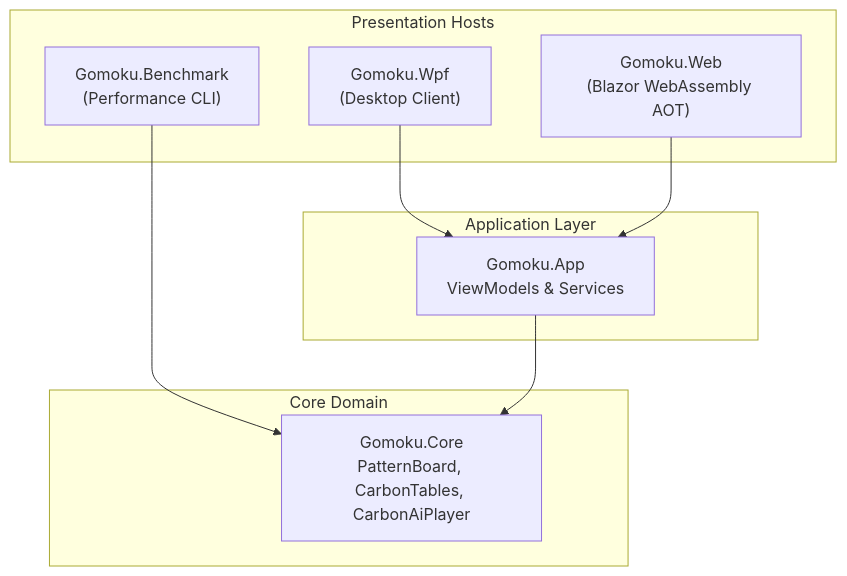
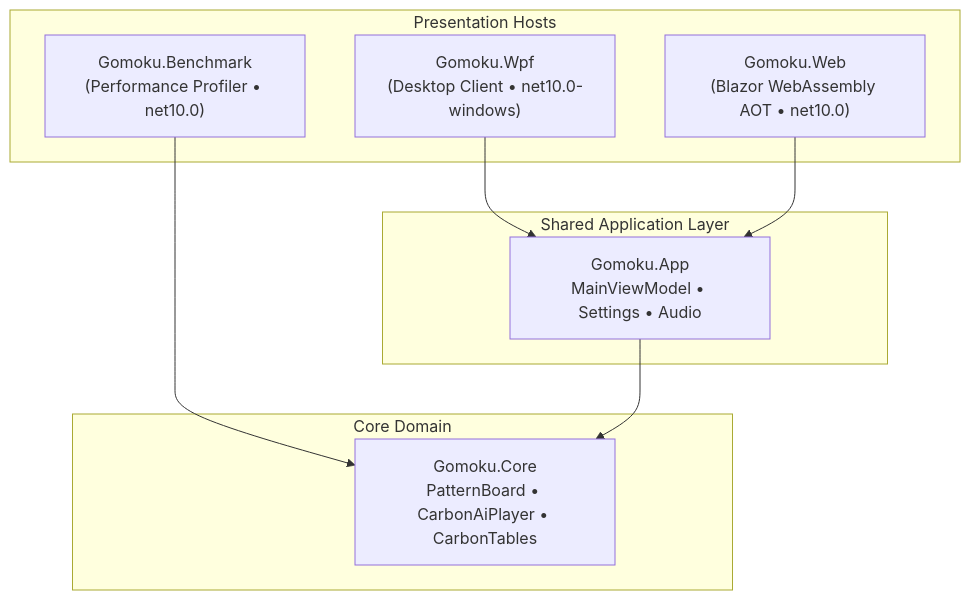
The second of 2 diagrams in docs/brain/README.md (cjp-dev/Gomoku), drawn with Mermaid before and after one commit. The commit also changed other lines of this file and 34 other files, not shown here.

````diff
--- a/docs/brain/README.md
+++ b/docs/brain/README.md
@@ -11,21 +48,21 @@
 ```mermaid
 graph TD
     subgraph Presentation Hosts
-        WPF["Gomoku.Wpf<br/>(Desktop Client)"]
-        WEB["Gomoku.Web<br/>(Blazor WebAssembly AOT)"]
-        CLI["Gomoku.Benchmark<br/>(Performance CLI)"]
+        WPF["Gomoku.Wpf<br/>(Desktop Client • net10.0-windows)"]
+        WEB["Gomoku.Web<br/>(Blazor WebAssembly AOT • net10.0)"]
+        CLI["Gomoku.Benchmark<br/>(Performance Profiler • net10.0)"]
     end
 
-    subgraph Application Layer
-        APP["Gomoku.App<br/>ViewModels & Services"]
+    subgraph Shared Application Layer
+        APP["Gomoku.App<br/>MainViewModel • Settings • Audio"]
     end
 
     subgraph Core Domain
-        CORE["Gomoku.Core<br/>PatternBoard, CarbonTables, CarbonAiPlayer"]
+        CORE["Gomoku.Core<br/>PatternBoard • CarbonAiPlayer • CarbonTables"]
     end
 
     WPF --> APP
     WEB --> APP
     CLI --> CORE
     APP --> CORE
 ```
````
